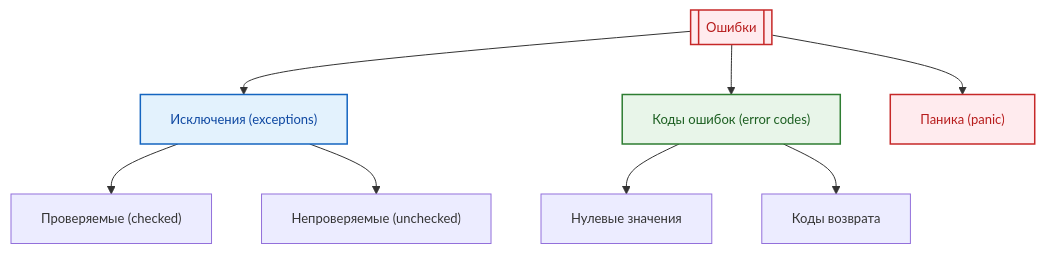
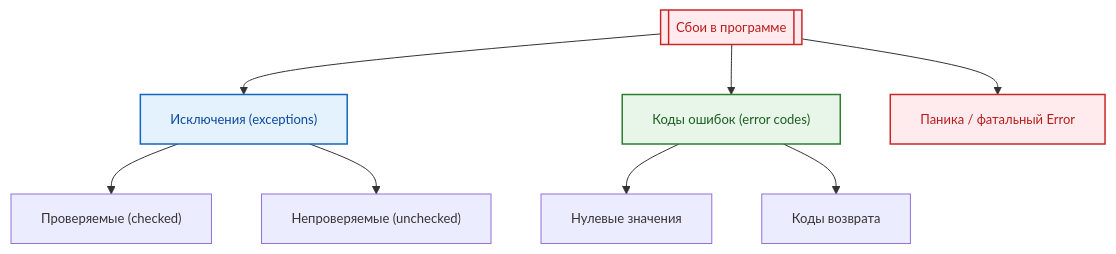
The diagram in docs/encyclopedia/4-code-dev/4-06-arhitektura-vypolneniya/111.md (Spirzen/it-knowledge-base), drawn with Mermaid before and after one commit. The commit also changed other lines of this file and 486 other files, not shown here.

````diff
--- a/docs/encyclopedia/4-code-dev/4-06-arhitektura-vypolneniya/111.md
+++ b/docs/encyclopedia/4-code-dev/4-06-arhitektura-vypolneniya/111.md
@@ -91,24 +108,24 @@
 ```mermaid
 %%{init: {
 "theme": "default",
 "themeVariables": {
 "fontSize": "13px",
 "fontFamily": "Segoe UI, Tahoma, sans-serif"
 }
 }}%%
 flowchart TD
 classDef error fill:#ffebee,stroke:#c62828,stroke-width:1.5px,color:#b71c1c;
 classDef exception fill:#e3f2fd,stroke:#1565c0,stroke-width:1.5px,color:#0d47a1;
 classDef code fill:#e8f5e9,stroke:#2e7d32,stroke-width:1.5px,color:#1b5e20;
 
-E[["Ошибки"]]:::error
+E[["Сбои в программе"]]:::error
 E --> EX["Исключения (exceptions)"]:::exception
 E --> C["Коды ошибок (error codes)"]:::code
-E --> P["Паника (panic)"]:::error
+E --> P["Паника / фатальный Error"]:::error
 
 EX --> CE["Проверяемые (checked)"]
 EX --> UE["Непроверяемые (unchecked)"]
 
 C --> ZC["Нулевые значения"]
 C --> EC["Коды возврата"]
 ```
````
